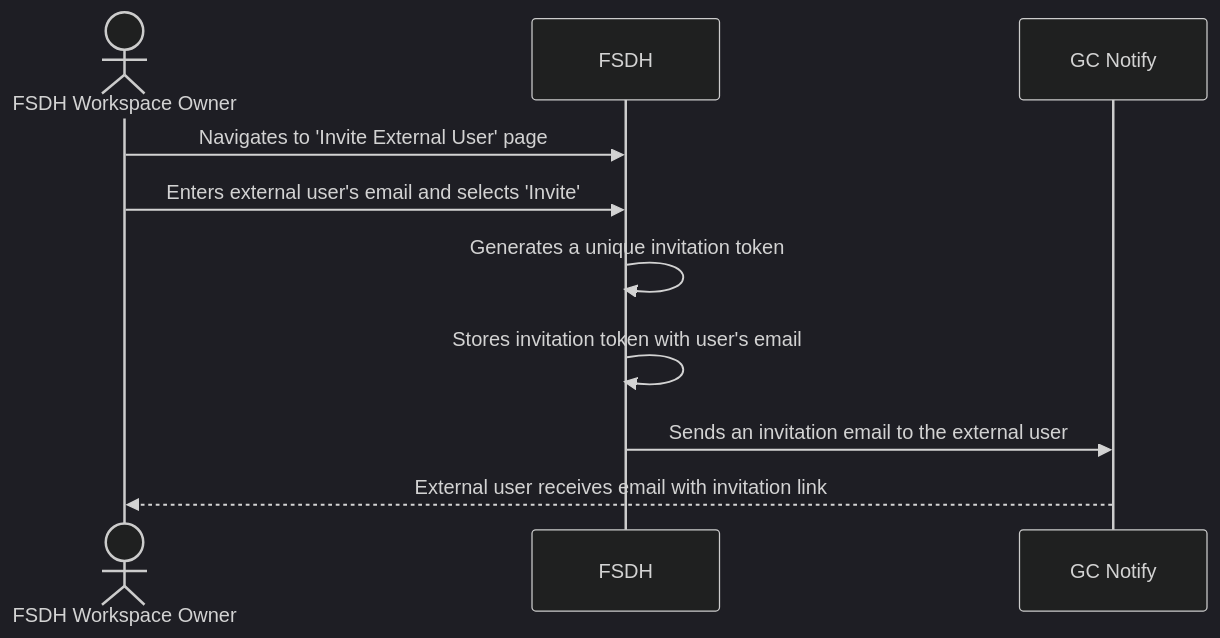
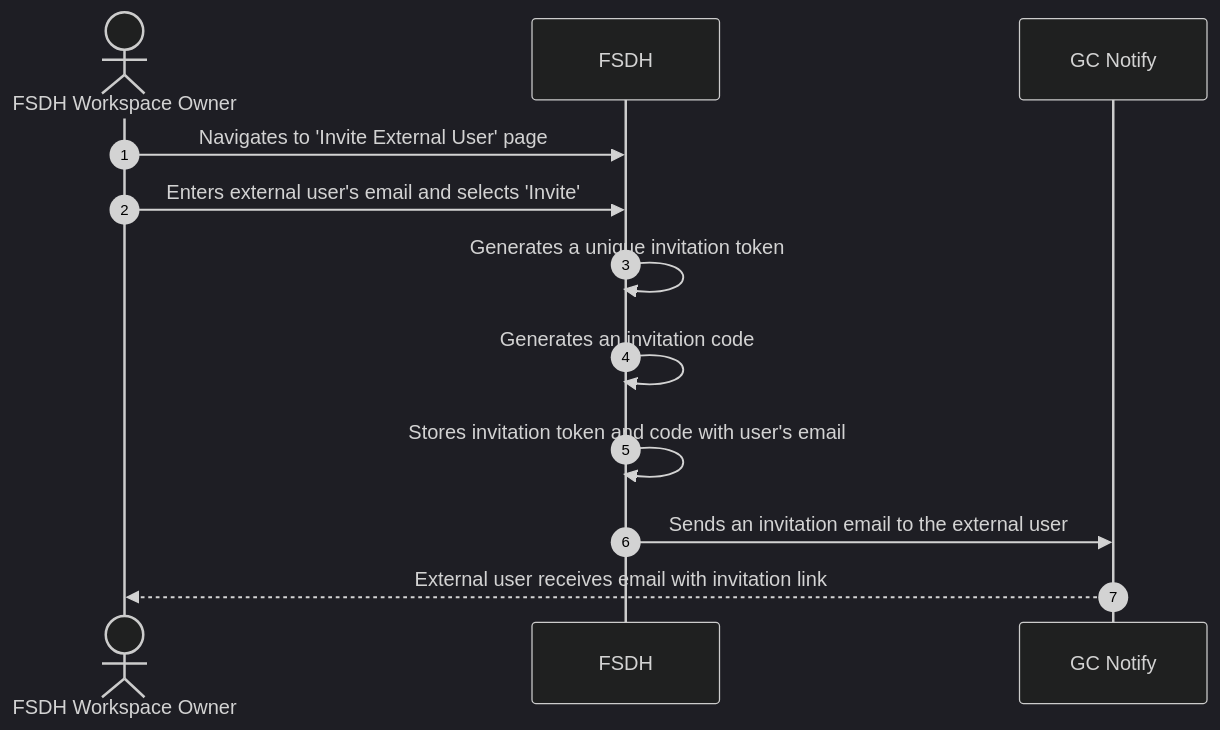
Before and after one commit to ssc-sp/datahub-docs: the fourth of 6 diagrams in DeveloperGuide/GCCF/oidc_flow.md, drawn with Mermaid (dark theme). The commit also changed other lines of this file, not shown here.

````diff
--- a/DeveloperGuide/GCCF/oidc_flow.md
+++ b/DeveloperGuide/GCCF/oidc_flow.md
@@ -90,13 +93,15 @@
 ```mermaid
 sequenceDiagram
     actor User as FSDH Workspace Owner
     participant FSDH as FSDH
     participant Email as GC Notify
 
+    autonumber
     User->>FSDH: Navigates to 'Invite External User' page
     User->>FSDH: Enters external user's email and selects 'Invite'
     FSDH->>FSDH: Generates a unique invitation token
-    FSDH->>FSDH: Stores invitation token with user's email
+    FSDH->>FSDH: Generates an invitation code
+    FSDH->>FSDH: Stores invitation token and code with user's email
     FSDH->>Email: Sends an invitation email to the external user
     Email-->>User: External user receives email with invitation link
 ```
````
